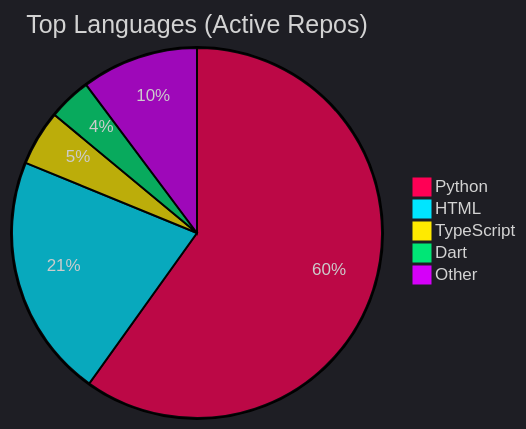
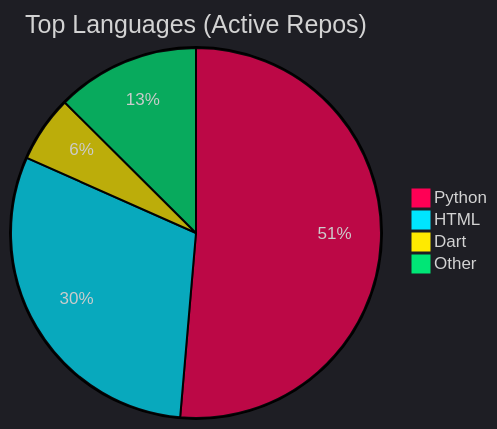
Before and after one commit to Nzettodess/Nzettodess: the diagram in README.md, drawn with Mermaid. The commit also changed other lines of this file, not shown here.

Commit message:
Update recent activity [skip ci]

````diff
--- a/README.md
+++ b/README.md
@@ -35,9 +35,8 @@
 ```mermaid
 %%{init: {'theme': 'dark', 'themeVariables': { 'pie1': '#FF0055', 'pie2': '#00E5FF', 'pie3': '#FFEA00', 'pie4': '#00E676', 'pie5': '#D500F9' }}}%%
 pie title Top Languages (Active Repos)
-    "Python" : 59.89
-    "HTML" : 21.30
-    "TypeScript" : 4.84
-    "Dart" : 3.76
-    "Other" : 10.22
+    "Python" : 51.36
+    "HTML" : 30.28
+    "Dart" : 5.81
+    "Other" : 12.54
 ```
````
